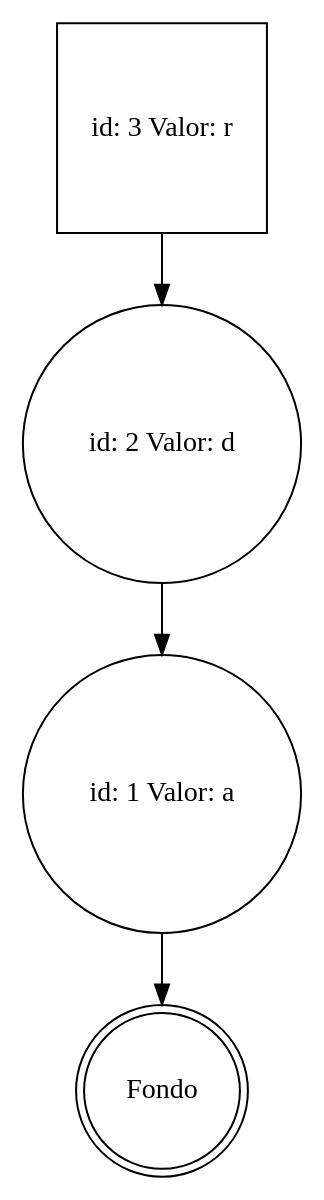
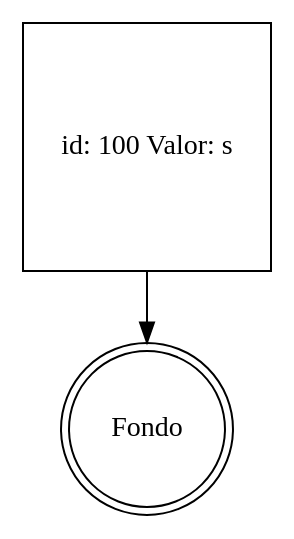
Before and after one commit to JColindres/EDD: the diagram in Practica1/pila.dot, drawn with Graphviz. The commit also changed 26 other files, not shown here.

```diff
--- a/Practica1/pila.dot
+++ b/Practica1/pila.dot
@@ -1,10 +1,6 @@
 digraph G {
 
-0[shape=square,label="id: 3 Valor: r"];
-1[shape=circle,label="id: 2 Valor: d"];
+0[shape=square,label="id: 100 Valor: s"];
+1[shape=doublecircle,label="Fondo"];
 0->1;
-2[shape=circle,label="id: 1 Valor: a"];
-1->2;
-3[shape=doublecircle,label="Fondo"];
-2->3;
 }
```
